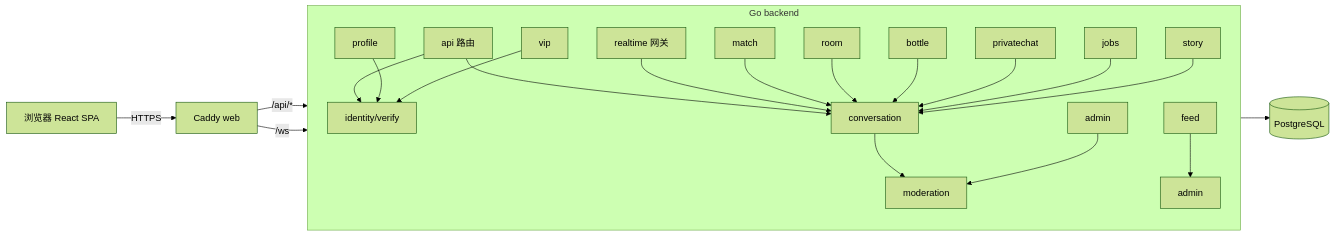
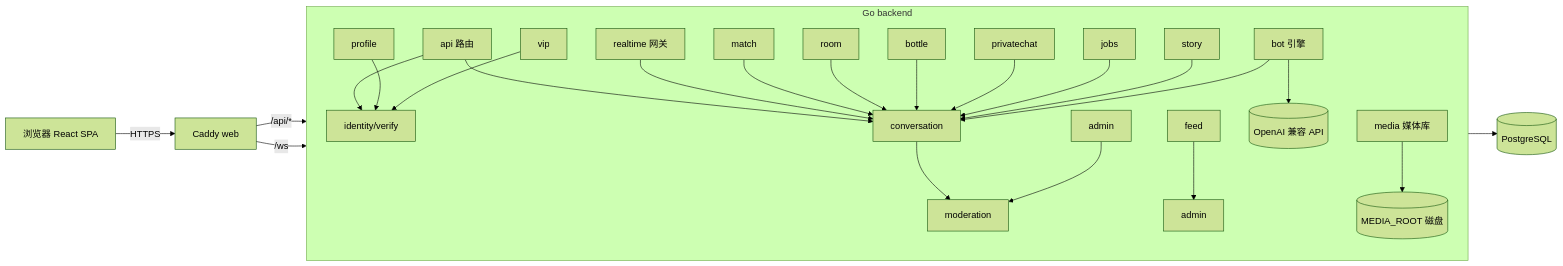
One commit to zcw199604/AnonChat changed the diagram in helloagents/main/wiki/overview.md. Above: the diagram before and after it, drawn with Mermaid (forest theme). The commit also changed other lines of this file and 76 other files, not shown here.

````diff
--- a/helloagents/main/wiki/overview.md
+++ b/helloagents/main/wiki/overview.md
@@ -7,23 +7,26 @@
 ```mermaid
 flowchart LR
     B[浏览器 React SPA] -- HTTPS --> C[Caddy web]
     C -- /api/* --> S[Go backend]
     C -- /ws --> S
     subgraph S[Go backend]
       API[api 路由] --> ID[identity/verify]
       API --> CONV[conversation]
       WS[realtime 网关] --> CONV
       CONV --> MOD[moderation]
       MATCH[match] --> CONV
       ROOM[room] --> CONV
       BOT[bottle] --> CONV
       PRIV[privatechat] --> CONV
       ADM[admin] --> MOD
       JOBS[jobs] --> CONV
       PROF[profile] --> ID
       VIP[vip] --> ID
       FEED[feed] --> ADMIN[admin]
       STORY[story] --> CONV
+      BOTAI[bot 引擎] --> CONV
+      BOTAI --> LLM[(OpenAI 兼容 API)]
+      MEDIA[media 媒体库] --> FS[(MEDIA_ROOT 磁盘)]
     end
     S --> PG[(PostgreSQL)]
 ```
````
